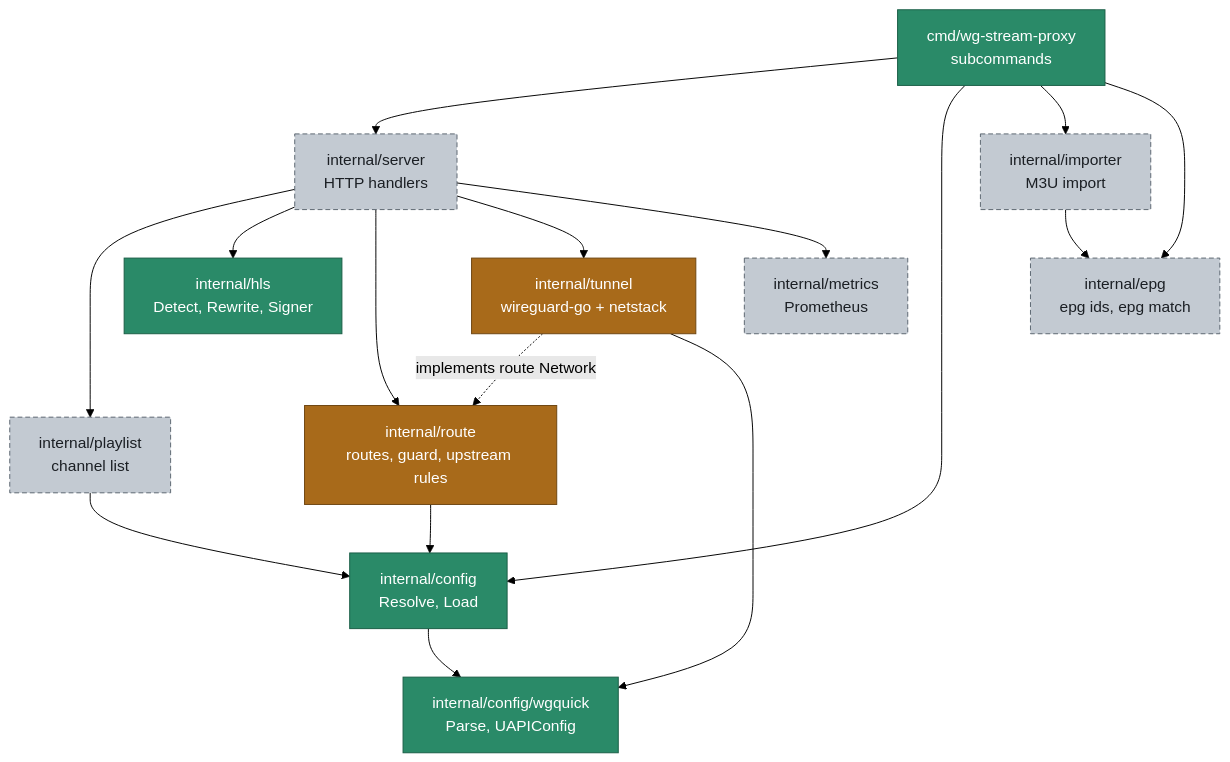
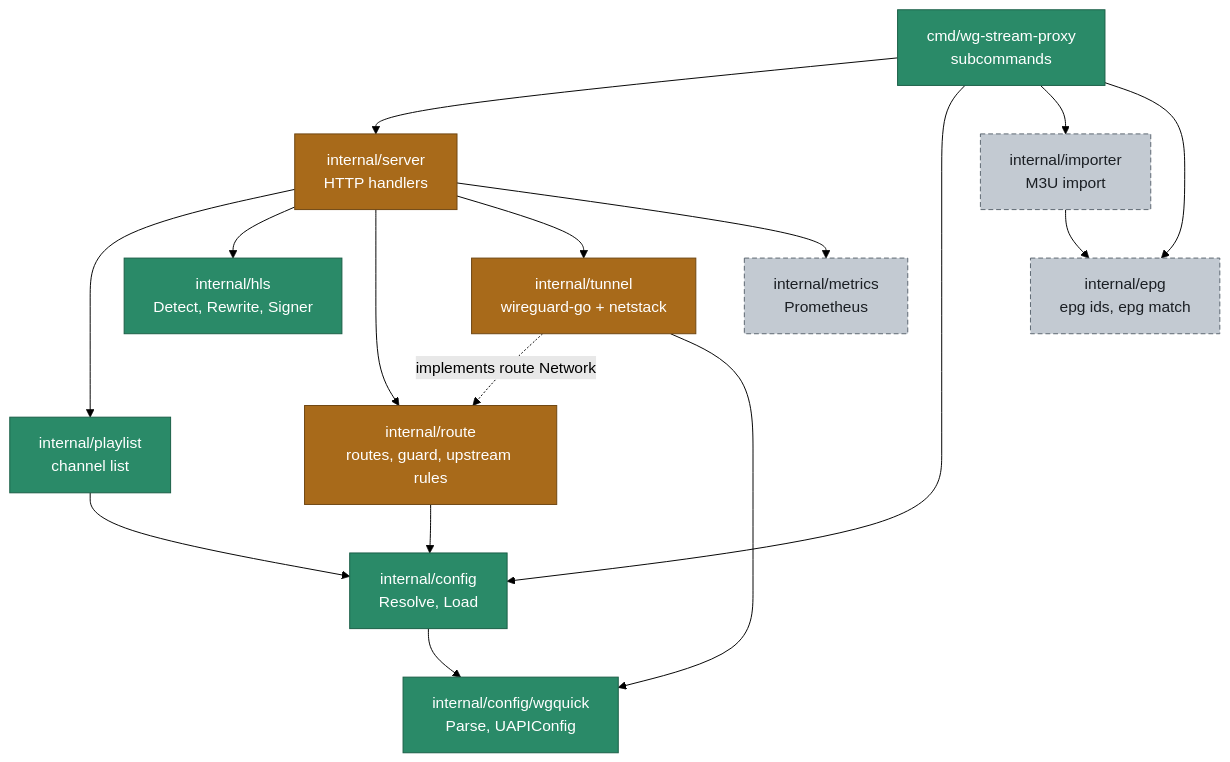
The tenth of 13 diagrams in docs/architecture.md (KingOfKalk/wg-stream-proxy), drawn with Mermaid (forest theme) before and after one commit. The commit also changed other lines of this file and 33 other files, not shown here.

Commit message:
feat(server): serve channel list, channels and resources (#42)

````diff
--- a/docs/architecture.md
+++ b/docs/architecture.md
@@ -439,27 +439,27 @@
 ```mermaid
 flowchart TD
     main["cmd/wg-stream-proxy<br/>subcommands"]:::done
-    server["internal/server<br/>HTTP handlers"]:::todo
-    playlist["internal/playlist<br/>channel list"]:::todo
+    server["internal/server<br/>HTTP handlers"]:::wip
+    playlist["internal/playlist<br/>channel list"]:::done
     hls["internal/hls<br/>Detect, Rewrite, Signer"]:::done
     route["internal/route<br/>routes, guard, upstream rules"]:::wip
     tunnel["internal/tunnel<br/>wireguard-go + netstack"]:::wip
     config["internal/config<br/>Resolve, Load"]:::done
     wgquick["internal/config/wgquick<br/>Parse, UAPIConfig"]:::done
     metrics["internal/metrics<br/>Prometheus"]:::todo
     importer["internal/importer<br/>M3U import"]:::todo
     epg["internal/epg<br/>epg ids, epg match"]:::todo
 
     main --> server & config & importer & epg
     server --> playlist & hls & route & tunnel & metrics
     playlist --> config
     route --> config
     tunnel -. "implements route Network" .-> route
     tunnel --> wgquick
     config --> wgquick
     importer --> epg
 
     classDef done fill:#2a8a68,stroke:#1a5e46,color:#ffffff
     classDef wip fill:#a86a1a,stroke:#6e4511,color:#ffffff
     classDef todo fill:#c3cad2,stroke:#5b6670,color:#1b1f24,stroke-dasharray:5 3
 ```
````
